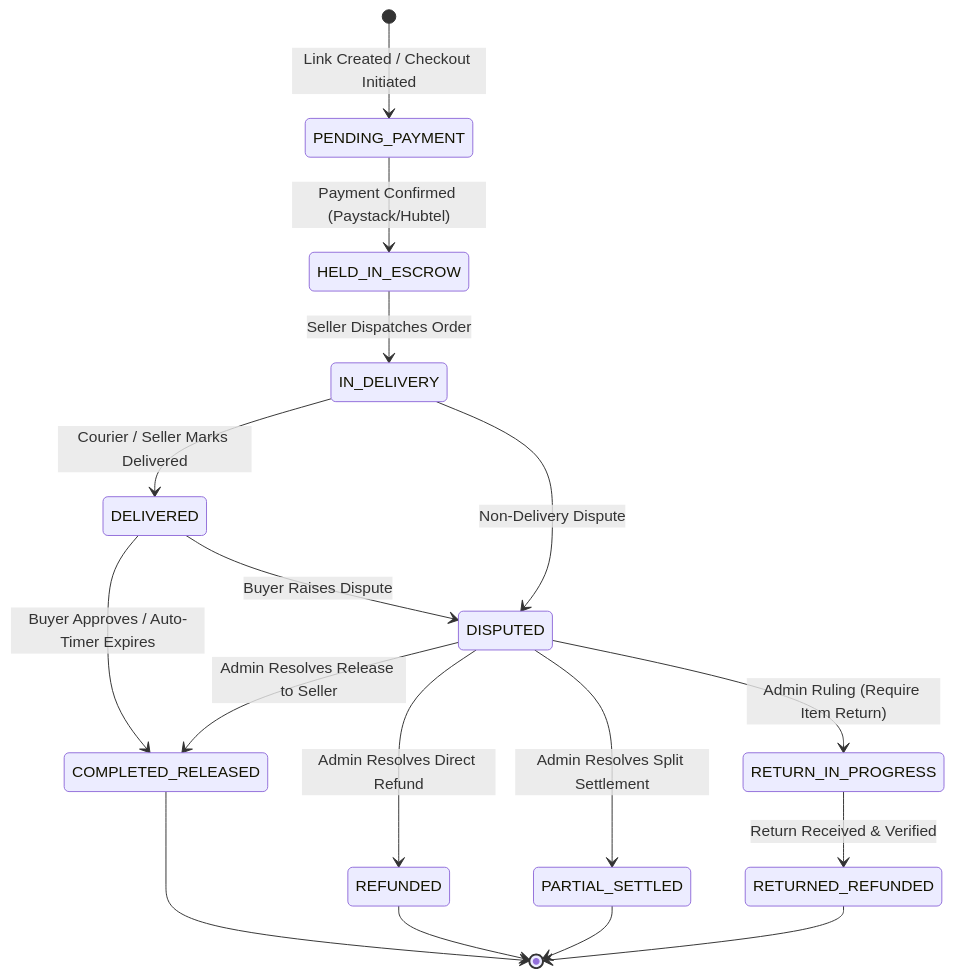
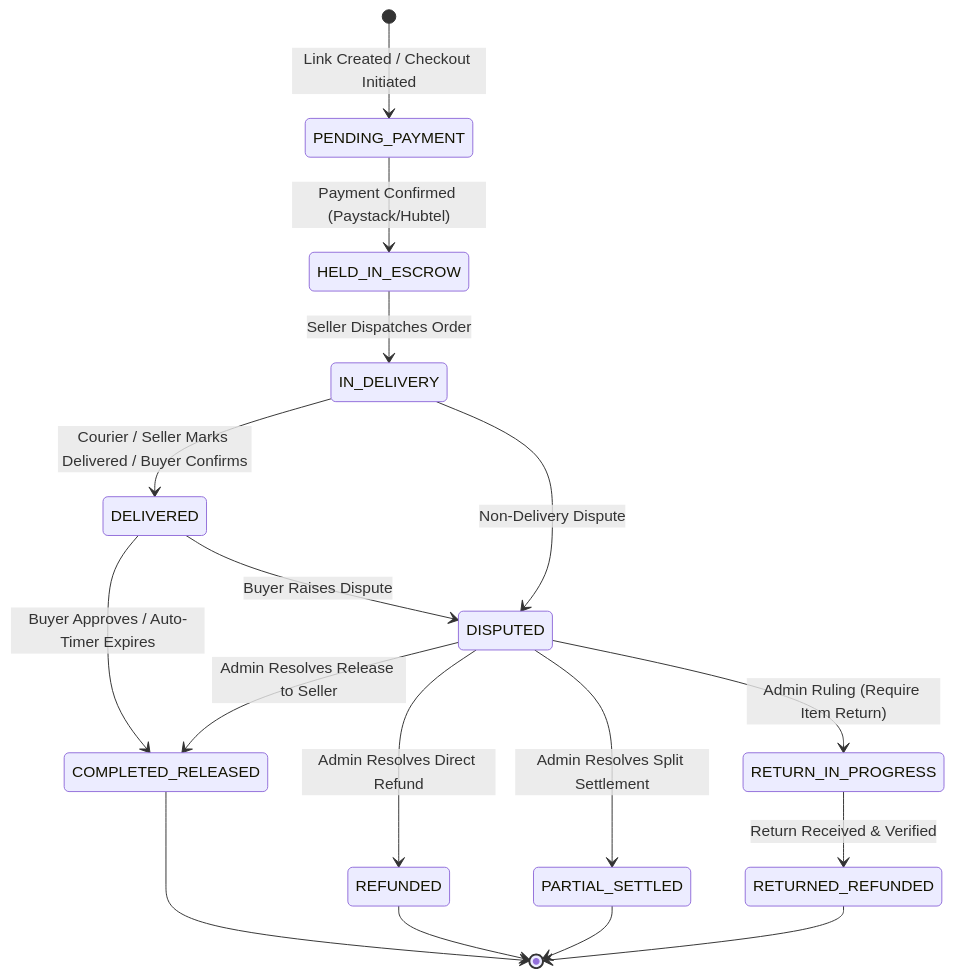
Before and after one commit to deedadey-dd/Hend_Trust: the second of 2 diagrams in docs/SYSTEM_BLUEPRINT.md, drawn with Mermaid. The commit also changed other lines of this file and 26 other files, not shown here.

````diff
--- a/docs/SYSTEM_BLUEPRINT.md
+++ b/docs/SYSTEM_BLUEPRINT.md
@@ -158,19 +163,19 @@
 ```mermaid
 stateDiagram-v2
     [*] --> PENDING_PAYMENT: Link Created / Checkout Initiated
     PENDING_PAYMENT --> HELD_IN_ESCROW: Payment Confirmed (Paystack/Hubtel)
     HELD_IN_ESCROW --> IN_DELIVERY: Seller Dispatches Order
-    IN_DELIVERY --> DELIVERED: Courier / Seller Marks Delivered
+    IN_DELIVERY --> DELIVERED: Courier / Seller Marks Delivered / Buyer Confirms
     DELIVERED --> COMPLETED_RELEASED: Buyer Approves / Auto-Timer Expires
     DELIVERED --> DISPUTED: Buyer Raises Dispute
     IN_DELIVERY --> DISPUTED: Non-Delivery Dispute
     DISPUTED --> REFUNDED: Admin Resolves Direct Refund
     DISPUTED --> COMPLETED_RELEASED: Admin Resolves Release to Seller
     DISPUTED --> PARTIAL_SETTLED: Admin Resolves Split Settlement
     DISPUTED --> RETURN_IN_PROGRESS: Admin Ruling (Require Item Return)
     RETURN_IN_PROGRESS --> RETURNED_REFUNDED: Return Received & Verified
     COMPLETED_RELEASED --> [*]
     REFUNDED --> [*]
     PARTIAL_SETTLED --> [*]
     RETURNED_REFUNDED --> [*]
 ```
````
